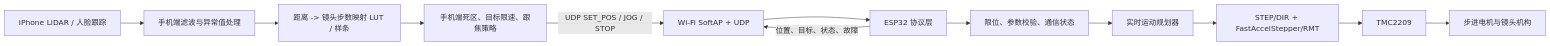
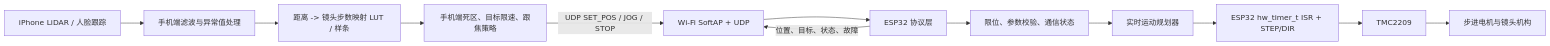
Before and after one commit to ndpyzwy-0w0/OLF-OpenLidarFocus: the first of 2 diagrams in CONTROL_ARCHITECTURE.md, drawn with Mermaid. The commit also changed other lines of this file and 1 other file, not shown here.

First line of the commit message:
fix: guard stepper direction changes

````diff
--- a/CONTROL_ARCHITECTURE.md
+++ b/CONTROL_ARCHITECTURE.md
@@ -16,14 +16,14 @@
 ```mermaid
 flowchart LR
     Sensor[iPhone LiDAR / 人脸跟踪] --> Filter[手机端滤波与异常值处理]
     Filter --> Mapping[距离 -> 镜头步数映射 LUT / 样条]
     Mapping --> Policy[手机端死区、目标限速、跟焦策略]
     Policy -->|UDP SET_POS / JOG / STOP| Link[Wi-Fi SoftAP + UDP]
     Link --> Protocol[ESP32 协议层]
     Protocol --> Safety[限位、参数校验、通信状态]
     Safety --> Planner[实时运动规划器]
-    Planner --> Pulse[STEP/DIR + FastAccelStepper/RMT]
+    Planner --> Pulse[ESP32 hw_timer_t ISR + STEP/DIR]
     Pulse --> Driver[TMC2209]
     Driver --> Motor[步进电机与镜头机构]
     Protocol -->|位置、目标、状态、故障| Link
 ```
````
